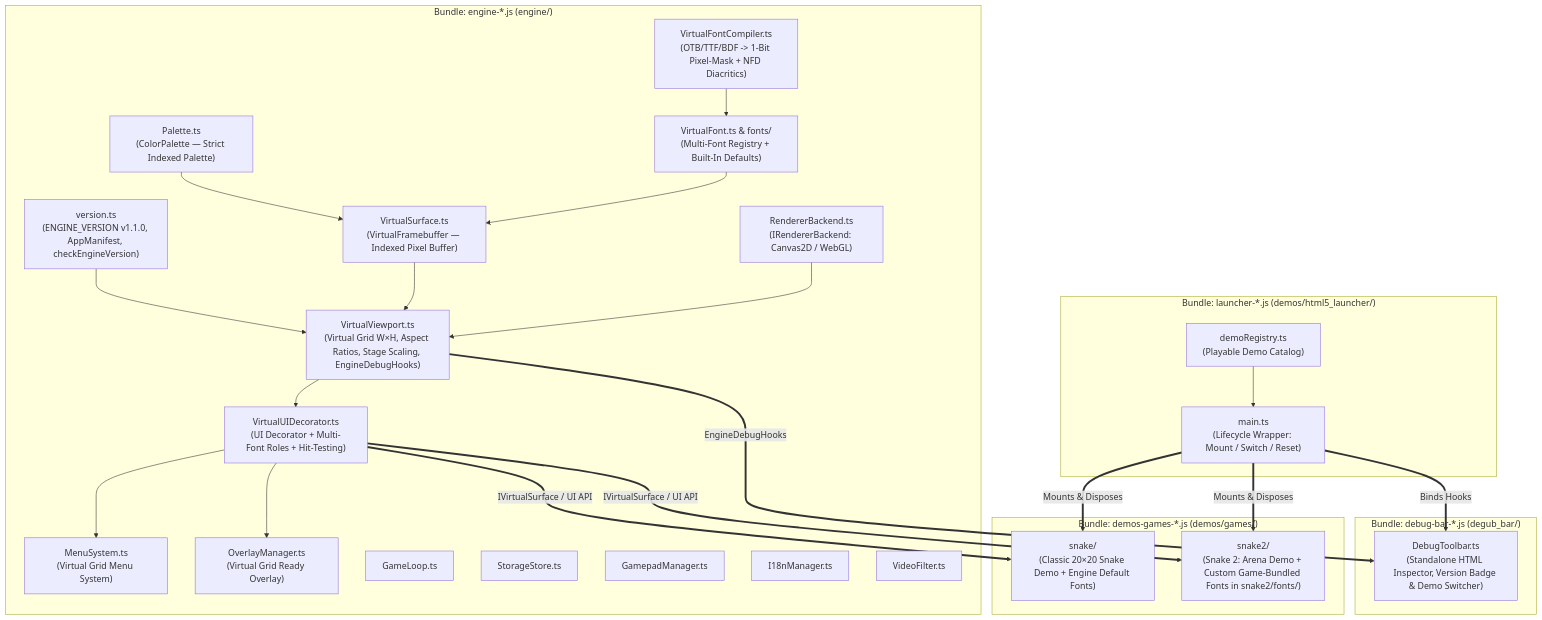
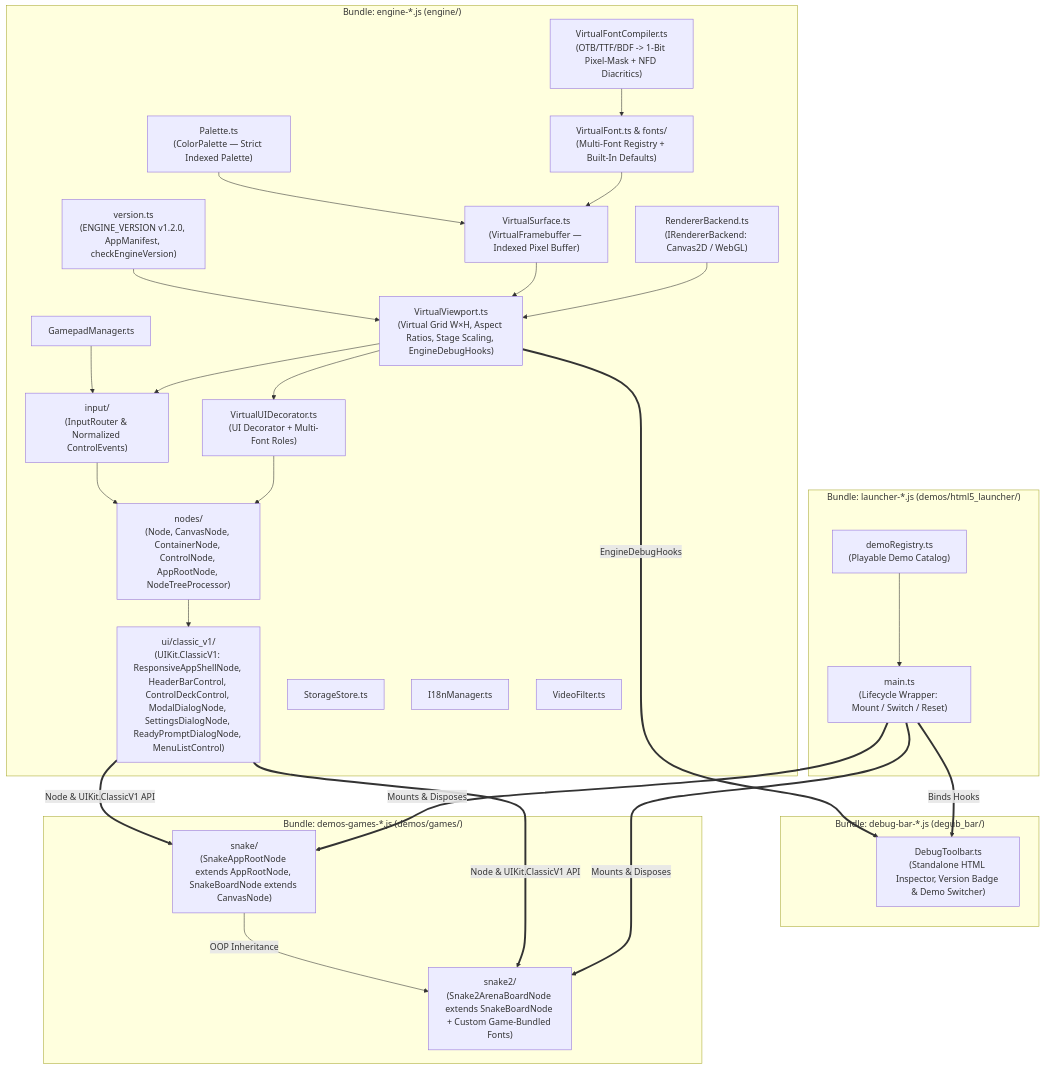
One commit to PatrycjuszF3apps/f3engine changed the diagram in docs/ARCHITECTURE.md. Above: the diagram before and after it, drawn with Mermaid. The commit also changed other lines of this file and 36 other files, not shown here.

First line of the commit message:
feat(engine): add hierarchical application node graph, normalized input router, and UIKit.ClassicV1 controls (v1.2.0)

````diff
--- a/docs/ARCHITECTURE.md
+++ b/docs/ARCHITECTURE.md
@@ -9,52 +9,56 @@
 ```mermaid
 flowchart TD
     subgraph EngineBundle["Bundle: engine-*.js (engine/)"]
-        VER["version.ts\n(ENGINE_VERSION v1.1.0, AppManifest, checkEngineVersion)"]
+        VER["version.ts\n(ENGINE_VERSION v1.2.0, AppManifest, checkEngineVersion)"]
         VP["VirtualViewport.ts\n(Virtual Grid W×H, Aspect Ratios, Stage Scaling, EngineDebugHooks)"]
         FB["VirtualSurface.ts\n(VirtualFramebuffer — Indexed Pixel Buffer)"]
         PAL["Palette.ts\n(ColorPalette — Strict Indexed Palette)"]
         FONT["VirtualFont.ts & fonts/\n(Multi-Font Registry + Built-In Defaults)"]
         FCOMP["VirtualFontCompiler.ts\n(OTB/TTF/BDF -> 1-Bit Pixel-Mask + NFD Diacritics)"]
-        UID["VirtualUIDecorator.ts\n(UI Decorator + Multi-Font Roles + Hit-Testing)"]
-        MS["MenuSystem.ts\n(Virtual Grid Menu System)"]
-        OM["OverlayManager.ts\n(Virtual Grid Ready Overlay)"]
+        UID["VirtualUIDecorator.ts\n(UI Decorator + Multi-Font Roles)"]
+        INP["input/\n(InputRouter & Normalized ControlEvents)"]
+        NODES["nodes/\n(Node, CanvasNode, ContainerNode, ControlNode, AppRootNode, NodeTreeProcessor)"]
+        UIKIT["ui/classic_v1/\n(UIKit.ClassicV1: ResponsiveAppShellNode, HeaderBarControl, ControlDeckControl, ModalDialogNode, SettingsDialogNode, ReadyPromptDialogNode, MenuListControl)"]
         RB["RendererBackend.ts\n(IRendererBackend: Canvas2D / WebGL)"]
-        GL["GameLoop.ts"]
         SS["StorageStore.ts"]
         GM["GamepadManager.ts"]
         I18N["I18nManager.ts"]
         VF["VideoFilter.ts"]
 
         VER --> VP
         PAL --> FB
         FCOMP --> FONT
         FONT --> FB
         FB --> VP
         RB --> VP
         VP --> UID
-        UID --> MS
-        UID --> OM
+        GM --> INP
+        VP --> INP
+        INP --> NODES
+        UID --> NODES
+        NODES --> UIKIT
     end
 
     subgraph DebugBarBundle["Bundle: debug-bar-*.js (degub_bar/)"]
         DT["DebugToolbar.ts\n(Standalone HTML Inspector, Version Badge & Demo Switcher)"]
     end
 
     subgraph DemosBundle["Bundle: demos-games-*.js (demos/games/)"]
-        S1["snake/\n(Classic 20×20 Snake Demo + Engine Default Fonts)"]
-        S2["snake2/\n(Snake 2: Arena Demo + Custom Game-Bundled Fonts in snake2/fonts/)"]
+        S1["snake/\n(SnakeAppRootNode extends AppRootNode, SnakeBoardNode extends CanvasNode)"]
+        S2["snake2/\n(Snake2ArenaBoardNode extends SnakeBoardNode + Custom Game-Bundled Fonts)"]
+        S1 -->|OOP Inheritance| S2
     end
 
     subgraph LauncherBundle["Bundle: launcher-*.js (demos/html5_launcher/)"]
         REG["demoRegistry.ts\n(Playable Demo Catalog)"]
         MAIN["main.ts\n(Lifecycle Wrapper: Mount / Switch / Reset)"]
         REG --> MAIN
     end
 
     VP ==>|EngineDebugHooks| DT
-    UID ==>|IVirtualSurface / UI API| S1
-    UID ==>|IVirtualSurface / UI API| S2
+    UIKIT ==>|Node & UIKit.ClassicV1 API| S1
+    UIKIT ==>|Node & UIKit.ClassicV1 API| S2
     MAIN ==>|Mounts & Disposes| S1
     MAIN ==>|Mounts & Disposes| S2
     MAIN ==>|Binds Hooks| DT
 ```
````
